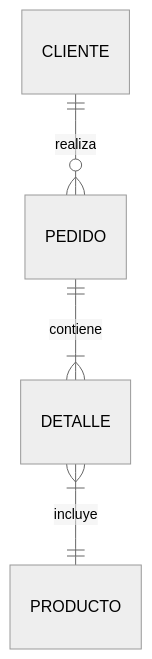
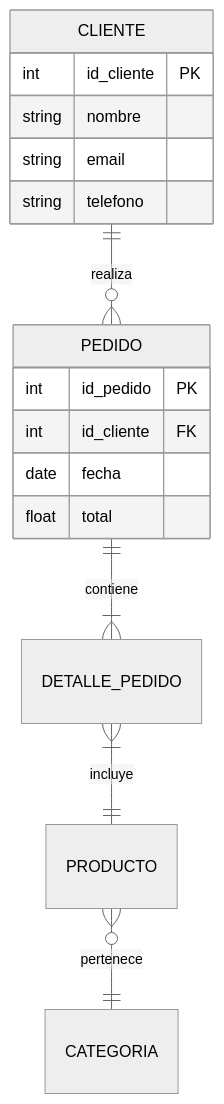
The sixth of 10 diagrams in _pages/technologies/mermaid.md (MiguelP-Dev/miguelp-dev.github.io), drawn with Mermaid (neutral theme) before and after one commit. The commit also changed other lines of this file and 10 other files, not shown here.

Commit message:
feat: añade previsualizacion de diagramas mermaid y sus estilos respectivos

````diff
--- a/_pages/technologies/mermaid.md
+++ b/_pages/technologies/mermaid.md
@@ -161,6 +225,21 @@
 ```mermaid
 erDiagram
   CLIENTE ||--o{ PEDIDO : realiza
-  PEDIDO ||--|{ DETALLE : contiene
-  DETALLE }|--|| PRODUCTO : incluye
+  PEDIDO ||--|{ DETALLE_PEDIDO : contiene
+  DETALLE_PEDIDO }|--|| PRODUCTO : incluye
+  PRODUCTO }o--|| CATEGORIA : pertenece
+  
+  CLIENTE {
+    int id_cliente PK
+    string nombre
+    string email
+    string telefono
+  }
+  
+  PEDIDO {
+    int id_pedido PK
+    int id_cliente FK
+    date fecha
+    float total
+  }
 ```
````
